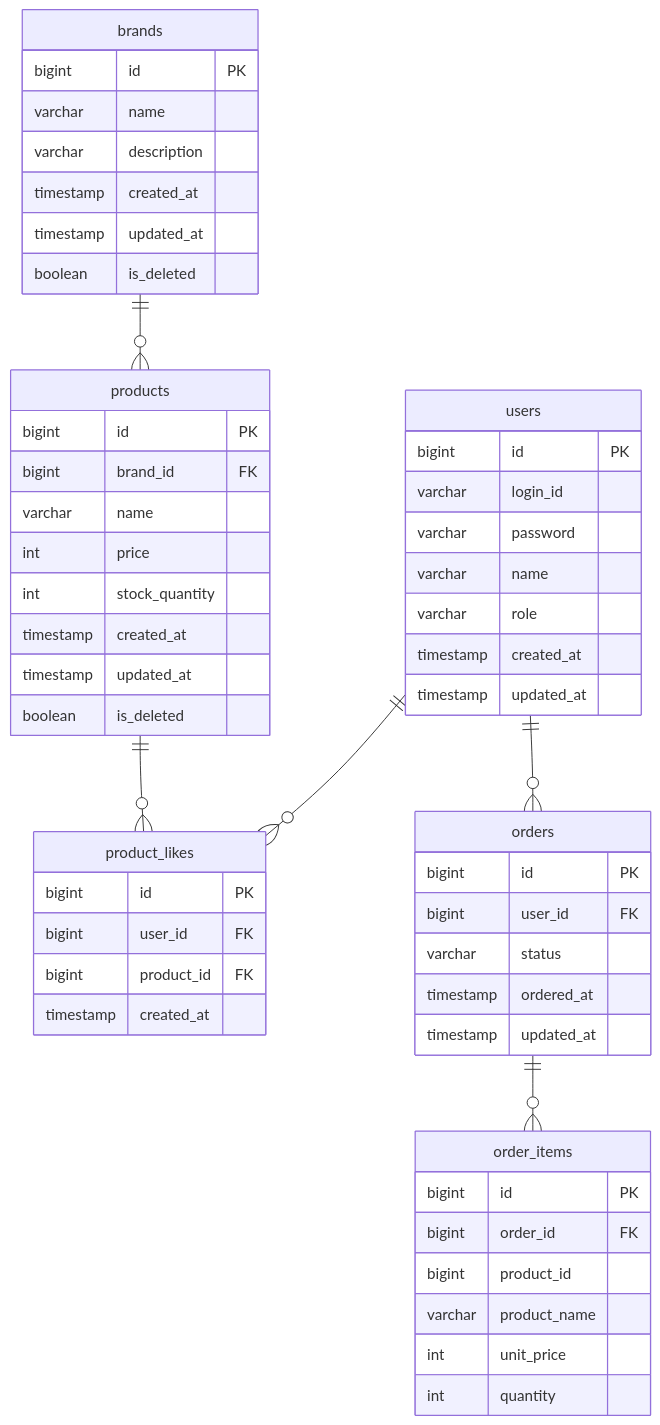
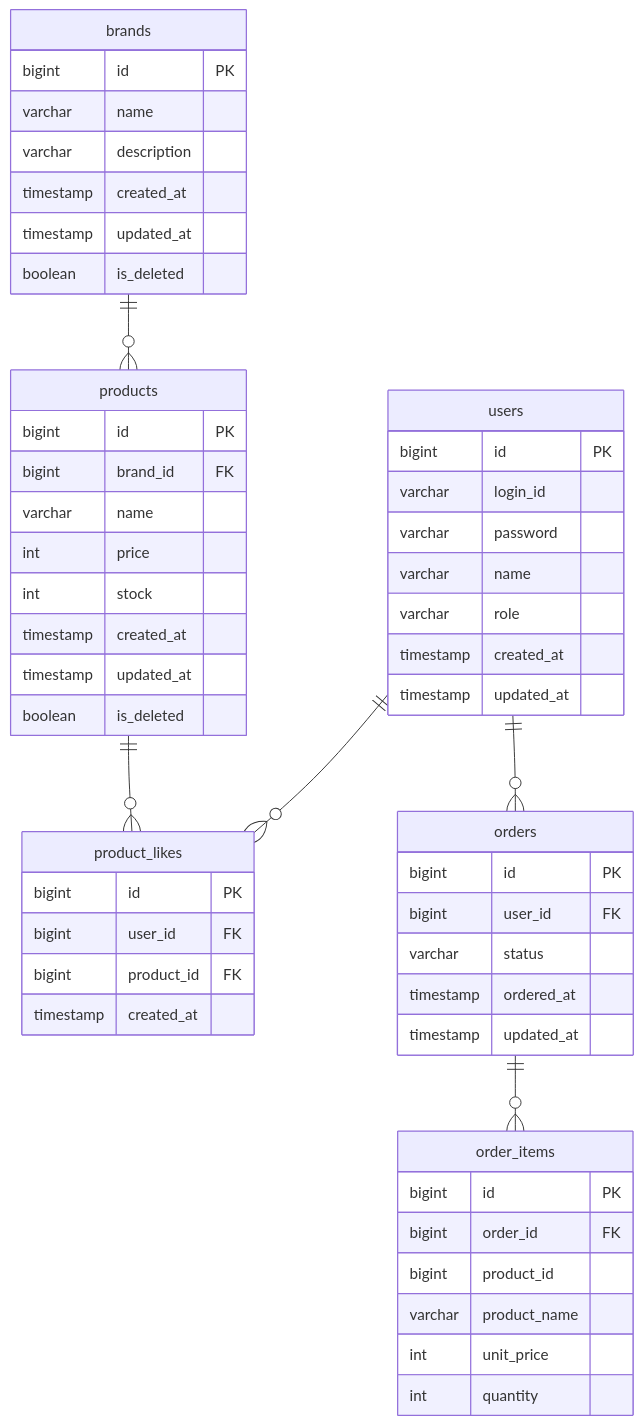
The diagram in docs/design/04-erd.md (kimjunyoung90/loop-pack-be-l2-vol3-java), drawn with Mermaid before and after one commit. The commit also changed 1 other file, not shown here.

Commit message:
docs: 문서 업데이트

````diff
--- a/docs/design/04-erd.md
+++ b/docs/design/04-erd.md
@@ -5,62 +5,62 @@
 ```mermaid
 erDiagram
     users {
         bigint id PK
         varchar login_id
         varchar password
         varchar name
         varchar role
         timestamp created_at
         timestamp updated_at
     }
 
     brands {
         bigint id PK
         varchar name
         varchar description
         timestamp created_at
         timestamp updated_at
         boolean is_deleted
     }
 
     products {
         bigint id PK
         bigint brand_id FK
         varchar name
         int price
-        int stock_quantity
+        int stock
         timestamp created_at
         timestamp updated_at
         boolean is_deleted
     }
 
     product_likes {
         bigint id PK
         bigint user_id FK
         bigint product_id FK
         timestamp created_at
     }
 
     orders {
         bigint id PK
         bigint user_id FK
         varchar status
         timestamp ordered_at
         timestamp updated_at
     }
 
     order_items {
         bigint id PK
         bigint order_id FK
         bigint product_id
         varchar product_name
         int unit_price
         int quantity
     }
 
     users ||--o{ product_likes : ""
     users ||--o{ orders : ""
     brands ||--o{ products : ""
     products ||--o{ product_likes : ""
     orders ||--o{ order_items : ""
 ```
````
